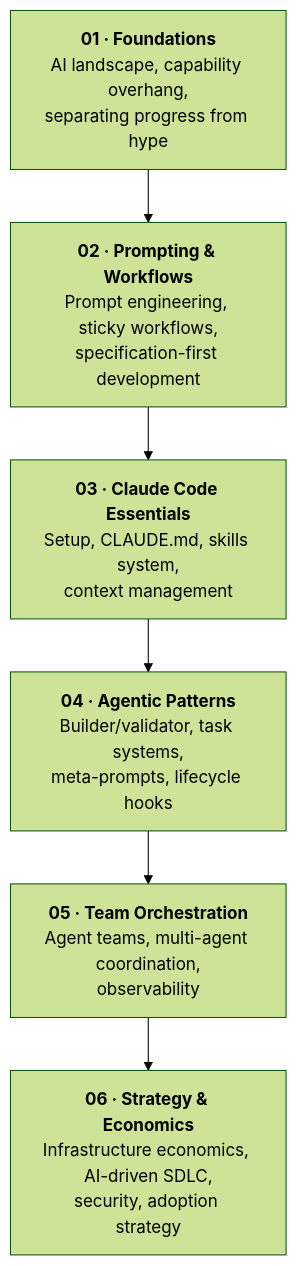
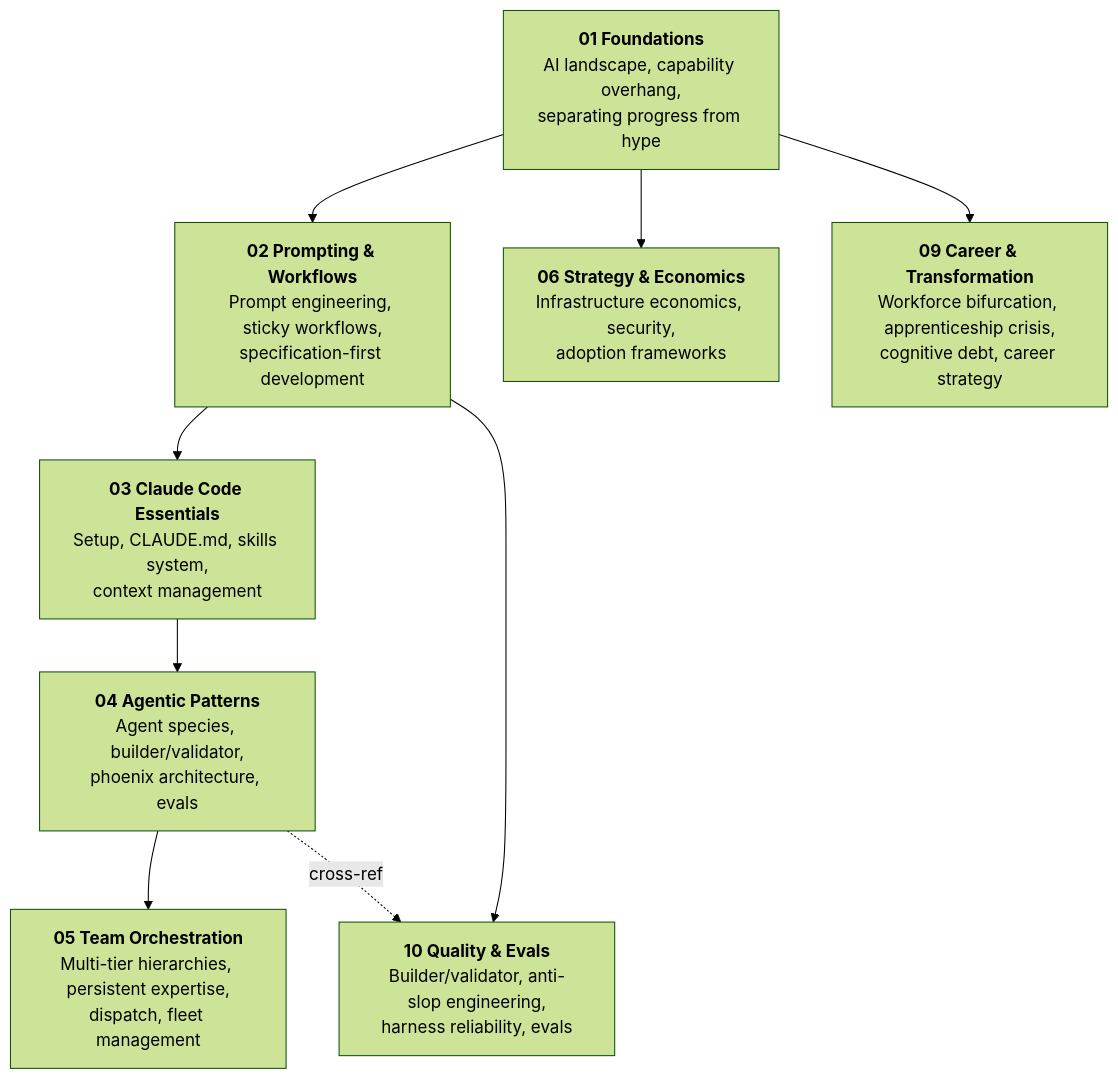
One commit to xlozinguez/ai-hype-watcher changed the second of 3 diagrams in README.md. Above: the diagram before and after it, drawn with Mermaid (forest theme). The commit also changed other lines of this file and 3 other files, not shown here.

First line of the commit message:
feat: add modules 09 (Career & Transformation) and 10 (Quality & Evals), refresh main README

````diff
--- a/README.md
+++ b/README.md
@@ -48,18 +48,26 @@
 ```mermaid
 graph TB
-    M1["<b>01 · Foundations</b><br/>AI landscape, capability overhang,<br/>separating progress from hype"]
-    M2["<b>02 · Prompting & Workflows</b><br/>Prompt engineering, sticky workflows,<br/>specification-first development"]
-    M3["<b>03 · Claude Code Essentials</b><br/>Setup, CLAUDE.md, skills system,<br/>context management"]
-    M4["<b>04 · Agentic Patterns</b><br/>Builder/validator, task systems,<br/>meta-prompts, lifecycle hooks"]
-    M5["<b>05 · Team Orchestration</b><br/>Agent teams, multi-agent coordination,<br/>observability"]
-    M6["<b>06 · Strategy & Economics</b><br/>Infrastructure economics, AI-driven SDLC,<br/>security, adoption strategy"]
+    M1["<b>01 Foundations</b><br/>AI landscape, capability overhang,<br/>separating progress from hype"]
+    M2["<b>02 Prompting & Workflows</b><br/>Prompt engineering, sticky workflows,<br/>specification-first development"]
+    M3["<b>03 Claude Code Essentials</b><br/>Setup, CLAUDE.md, skills system,<br/>context management"]
+    M4["<b>04 Agentic Patterns</b><br/>Agent species, builder/validator,<br/>phoenix architecture, evals"]
+    M5["<b>05 Team Orchestration</b><br/>Multi-tier hierarchies, persistent expertise,<br/>dispatch, fleet management"]
+    M6["<b>06 Strategy & Economics</b><br/>Infrastructure economics, security,<br/>adoption frameworks"]
+    M9["<b>09 Career & Transformation</b><br/>Workforce bifurcation, apprenticeship crisis,<br/>cognitive debt, career strategy"]
+    M10["<b>10 Quality & Evals</b><br/>Builder/validator, anti-slop engineering,<br/>harness reliability, evals"]
 
-    M1 --> M2 --> M3 --> M4 --> M5 --> M6
+    M1 --> M2 --> M3 --> M4 --> M5
+    M1 --> M6
+    M1 --> M9
+    M2 --> M10
+    M4 -.->|cross-ref| M10
 
     click M1 "curriculum/01-foundations/" "Module 01"
     click M2 "curriculum/02-prompting-and-workflows/" "Module 02"
     click M3 "curriculum/03-claude-code-essentials/" "Module 03"
     click M4 "curriculum/04-agentic-patterns/" "Module 04"
     click M5 "curriculum/05-team-orchestration/" "Module 05"
     click M6 "curriculum/06-strategy-and-economics/" "Module 06"
+    click M9 "curriculum/09-career-and-transformation/" "Module 09"
+    click M10 "curriculum/10-quality-and-validation/" "Module 10"
 ```
````
